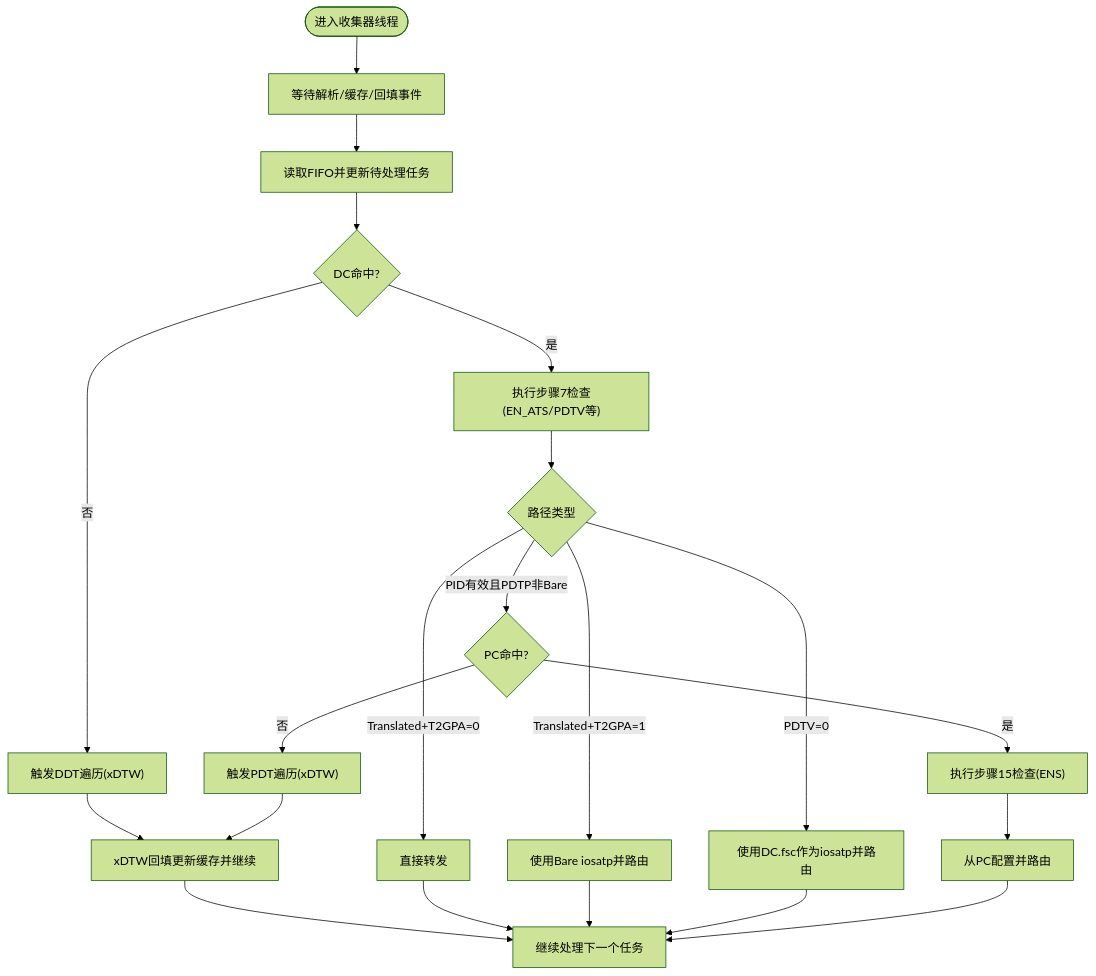
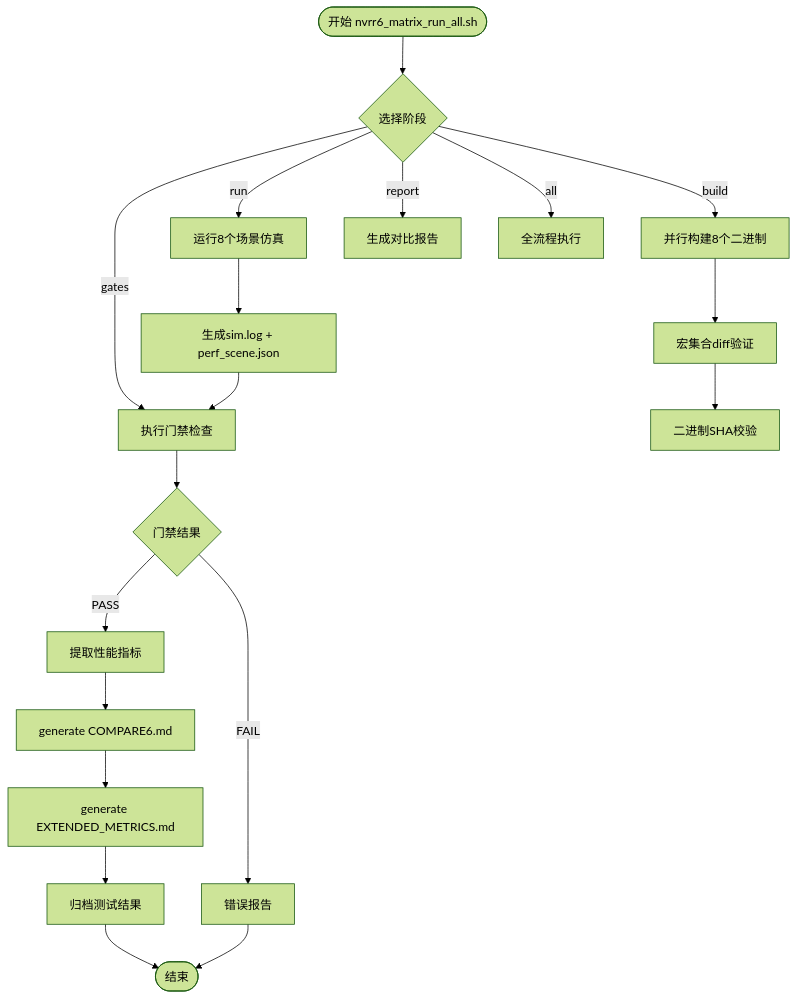
The third of 4 diagrams in .qoder/repowiki/zh/content/性能模型/性能基准测试.md (jiangjiang1122/iommu_model_20260401_v1), drawn with Mermaid (forest theme) before and after one commit. The commit also changed other lines of this file and 55 other files, not shown here.

````diff
--- a/.qoder/repowiki/zh/content/性能模型/性能基准测试.md
+++ b/.qoder/repowiki/zh/content/性能模型/性能基准测试.md
@@ -218,23 +189,21 @@
 ```mermaid
 flowchart TD
-START(["进入收集器线程"]) --> WAIT["等待解析/缓存/回填事件"]
-WAIT --> CHECK["读取FIFO并更新待处理任务"]
-CHECK --> ROUTE{"DC命中?"}
-ROUTE --> |否| DC_MISS["触发DDT遍历(xDTW)"]
-ROUTE --> |是| STEP7["执行步骤7检查(EN_ATS/PDTV等)"]
-STEP7 --> PATH{"路径类型"}
-PATH --> |Translated+T2GPA=0| DIRECT_PASS["直接转发"]
-PATH --> |Translated+T2GPA=1| USE_BARE["使用Bare iosatp并路由"]
-PATH --> |PDTV=0| USE_DC_FSC["使用DC.fsc作为iosatp并路由"]
-PATH --> |PID有效且PDTP非Bare| PC_HIT{"PC命中?"}
-PC_HIT --> |否| PC_MISS["触发PDT遍历(xDTW)"]
-PC_HIT --> |是| STEP15["执行步骤15检查(ENS)"]
-STEP15 --> CONFIG["从PC配置并路由"]
-DC_MISS --> XDTW_BACK["xDTW回填更新缓存并继续"]
-PC_MISS --> XDTW_BACK
-XDTW_BACK --> NEXT["继续处理下一个任务"]
-DIRECT_PASS --> NEXT
-USE_BARE --> NEXT
-USE_DC_FSC --> NEXT
-CONFIG --> NEXT
+START(["开始 nvrr6_matrix_run_all.sh"]) --> STAGE{"选择阶段"}
+STAGE --> |build| BUILD["并行构建8个二进制"]
+STAGE --> |run| RUN["运行8个场景仿真"]
+STAGE --> |gates| GATES["执行门禁检查"]
+STAGE --> |report| REPORT["生成对比报告"]
+STAGE --> |all| ALL["全流程执行"]
+BUILD --> MACRO_DIFF["宏集合diff验证"]
+MACRO_DIFF --> BINARY_SHA["二进制SHA校验"]
+RUN --> SIM_LOG["生成sim.log + perf_scene.json"]
+SIM_LOG --> GATES
+GATES --> GATE_RESULT{"门禁结果"}
+GATE_RESULT --> |PASS| EXTRACT["提取性能指标"]
+GATE_RESULT --> |FAIL| ERROR["错误报告"]
+EXTRACT --> COMPARE["generate COMPARE6.md"]
+COMPARE --> EXTENDED["generate EXTENDED_METRICS.md"]
+EXTENDED --> ARCHIVE["归档测试结果"]
+ARCHIVE --> END(["结束"])
+ERROR --> END
 ```
````
